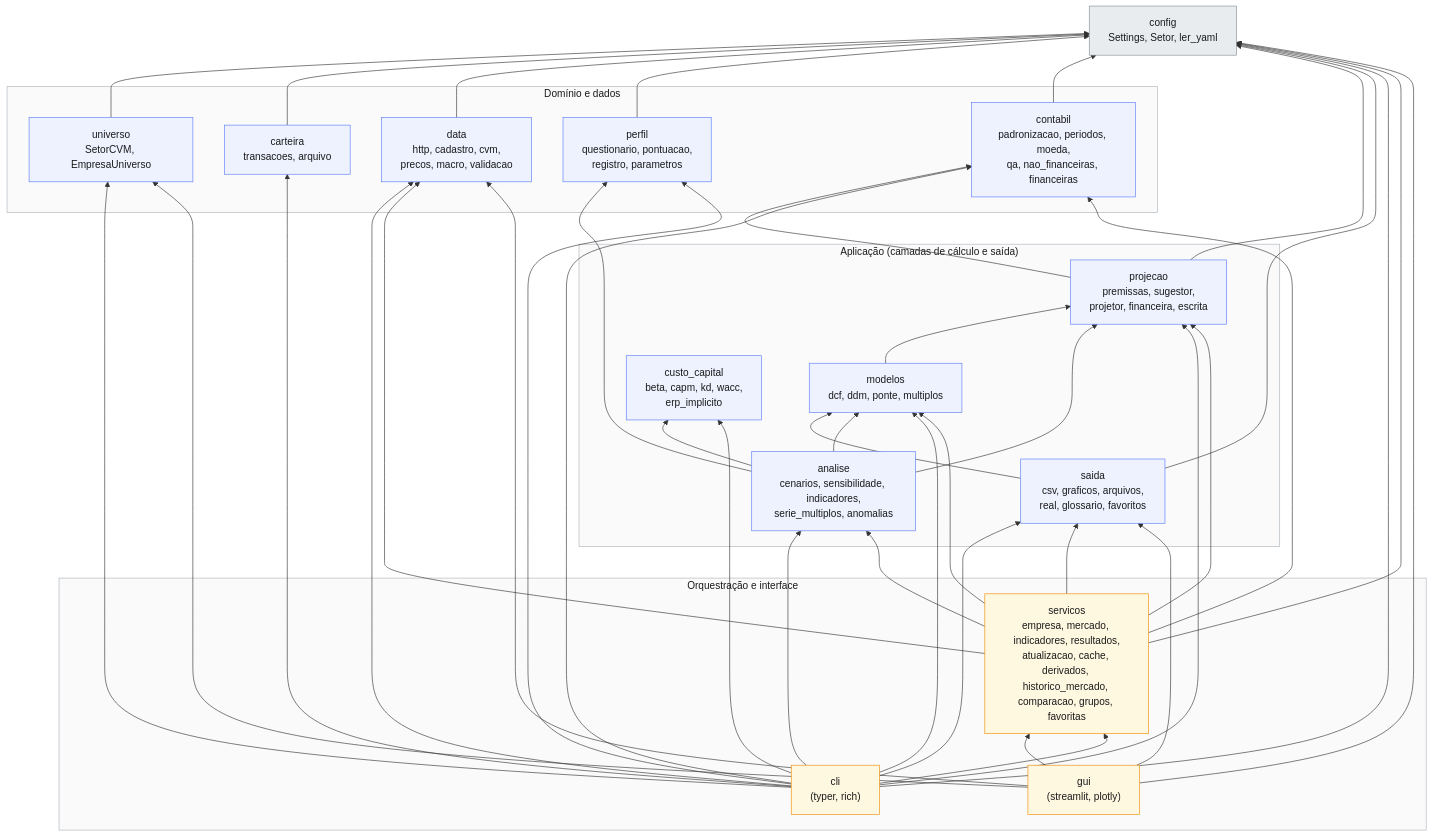
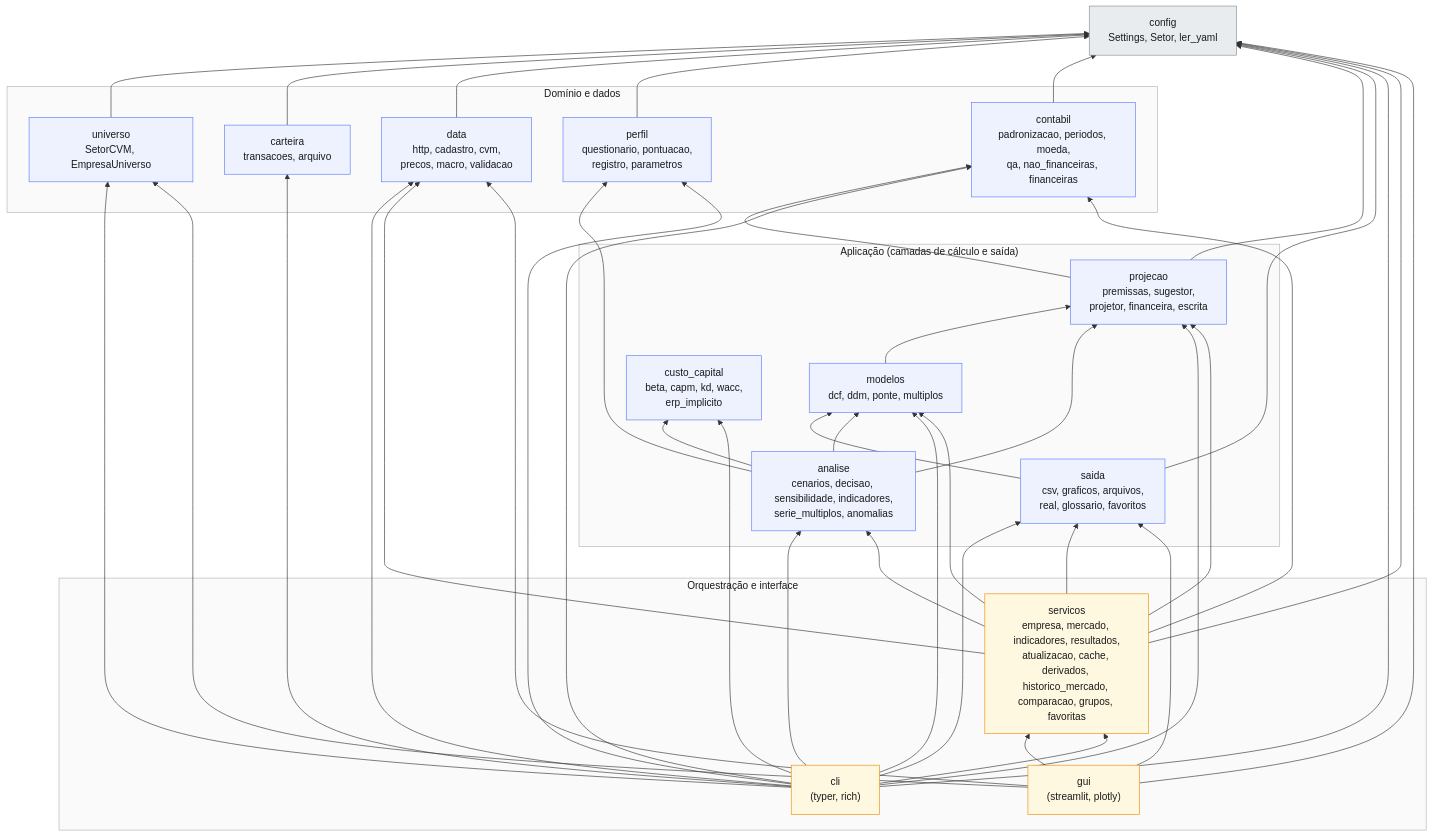
The first of 3 diagrams in docs/diagrama_arquitetura.md (luiz2801/lastro), drawn with Mermaid before and after one commit. The commit also changed 24 other files, not shown here.

````diff
--- a/docs/diagrama_arquitetura.md
+++ b/docs/diagrama_arquitetura.md
@@ -11,50 +11,50 @@
 ```mermaid
 flowchart BT
     subgraph ORQ["Orquestração e interface"]
         cli["cli<br/>(typer, rich)"]
         gui["gui<br/>(streamlit, plotly)"]
         servicos["servicos<br/>empresa, mercado, indicadores, resultados,<br/>atualizacao, cache, derivados, historico_mercado, comparacao, grupos, favoritas"]
     end
 
     subgraph APL["Aplicação (camadas de cálculo e saída)"]
         saida["saida<br/>csv, graficos, arquivos,<br/>real, glossario, favoritos"]
-        analise["analise<br/>cenarios, sensibilidade, indicadores,<br/>serie_multiplos, anomalias"]
+        analise["analise<br/>cenarios, decisao, sensibilidade, indicadores,<br/>serie_multiplos, anomalias"]
         modelos["modelos<br/>dcf, ddm, ponte, multiplos"]
         projecao["projecao<br/>premissas, sugestor,<br/>projetor, financeira, escrita"]
         custo["custo_capital<br/>beta, capm, kd, wacc,<br/>erp_implicito"]
     end
 
     subgraph DOM["Domínio e dados"]
         contabil["contabil<br/>padronizacao, periodos, moeda,<br/>qa, nao_financeiras, financeiras"]
         perfil["perfil<br/>questionario, pontuacao,<br/>registro, parametros"]
         data["data<br/>http, cadastro, cvm,<br/>precos, macro, validacao"]
         carteira["carteira<br/>transacoes, arquivo"]
         universo["universo<br/>SetorCVM, EmpresaUniverso"]
     end
 
     config["config<br/>Settings, Setor, ler_yaml"]
 
     cli --> servicos
     gui --> servicos & saida & data & universo & config
     servicos --> saida & analise & modelos & contabil & data & projecao & config
     cli --> saida & analise & modelos & projecao & custo & contabil & perfil & data & carteira & universo & config
     analise --> modelos & projecao & custo & perfil
     saida --> modelos & config
     modelos --> projecao
     projecao --> contabil & config
     contabil --> config
     perfil --> config
     data --> config
     carteira --> config
     universo --> config
 
     classDef pacote fill:#eef2ff,stroke:#5c7cfa,color:#1a1a1a
     classDef base fill:#e9ecef,stroke:#868e96,color:#1a1a1a
     classDef topo fill:#fff8e1,stroke:#f08c00,color:#1a1a1a
     class saida,analise,modelos,projecao,custo,contabil,perfil,data,carteira,universo pacote
     class config base
     class cli,gui,servicos topo
     style ORQ fill:#fafafa,stroke:#adb5bd,color:#1a1a1a
     style APL fill:#fafafa,stroke:#adb5bd,color:#1a1a1a
     style DOM fill:#fafafa,stroke:#adb5bd,color:#1a1a1a
 ```
````
